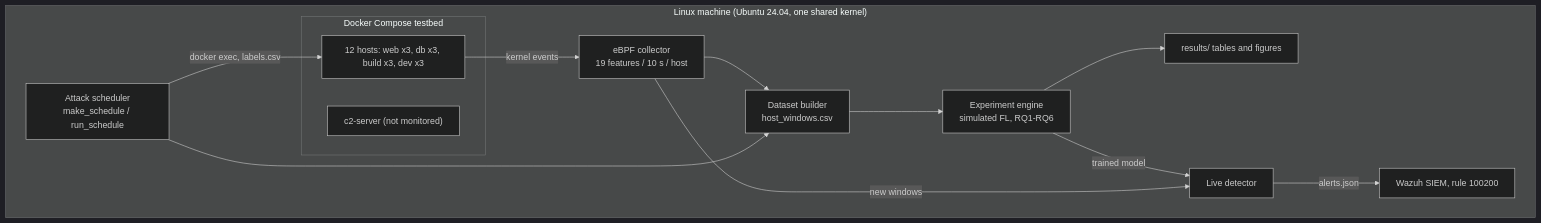
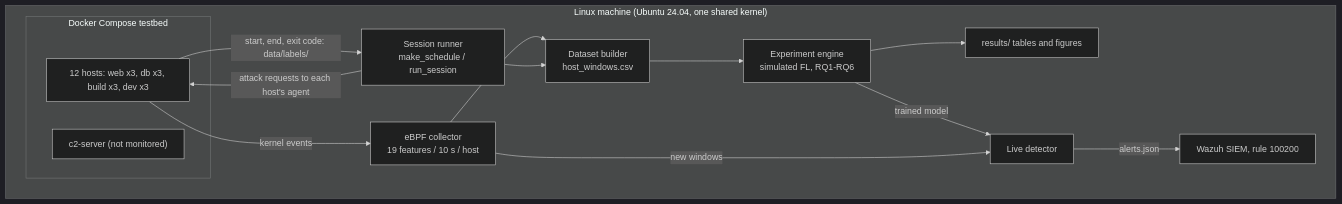
Before and after one commit to khalidmaina/fedshield: the first of 2 diagrams in docs/architecture.md, drawn with Mermaid (dark theme). The commit also changed 1 other file, not shown here.

Commit message:
docs(readme): repository layout, design summary, commands and rules (#11)
- Status table: S3 done, campaign next, #10 in review
- How it works (mermaid), full repository layout with one line per file/folder
- Design: platform, testbed (roles, attacks, in-host agent), collector (tracepoints,
  19 features, data quality rules, overhead), sessions/schedules/labels, dataset,
  planned federated layer
- Decision records 0001-0009, commands, collecting a session, testing (unit, CI,
  T1-T5), rules for the data, known limitations
- architecture.md: attacks are started through the in-host agent, not docker exec

Claude-Session: https://claude.ai/code/session_01KQCHLsGaZk9MxGz5YaWkVV

````diff
--- a/docs/architecture.md
+++ b/docs/architecture.md
@@ -13,18 +13,19 @@
 ```mermaid
 flowchart TB
   subgraph M["Linux machine (Ubuntu 24.04, one shared kernel)"]
     subgraph T["Docker Compose testbed"]
       H["12 hosts: web x3, db x3, build x3, dev x3"]
       C2["c2-server (not monitored)"]
     end
-    S["Attack scheduler<br/>make_schedule / run_schedule"] -->|docker exec, labels.csv| H
+    S["Session runner<br/>make_schedule / run_session"] -->|attack requests to each host's agent| H
+    H -->|start, end, exit code: data/labels/| S
     H -->|kernel events| K["eBPF collector<br/>19 features / 10 s / host"]
     K --> D["Dataset builder<br/>host_windows.csv"]
     S --> D
     D --> E["Experiment engine<br/>simulated FL, RQ1-RQ6"]
     E --> R["results/ tables and figures"]
     E -->|trained model| L["Live detector"]
     K -->|new windows| L
     L -->|alerts.json| W["Wazuh SIEM, rule 100200"]
   end
 ```
````
